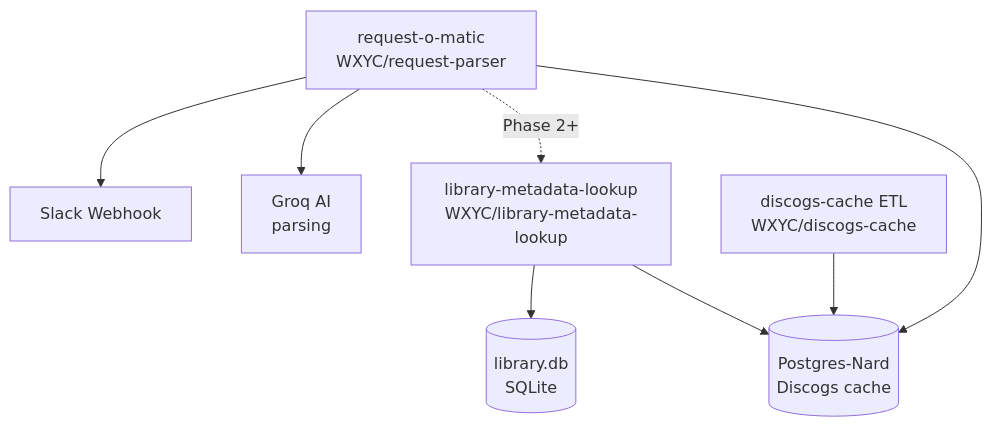
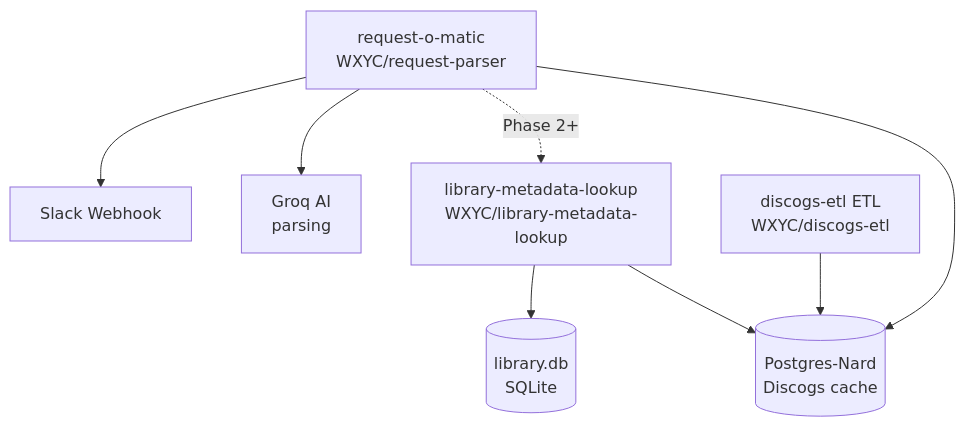
Before and after one commit to WXYC/wxyc-shared: the diagram in railway/README.md, drawn with Mermaid. The commit also changed other lines of this file and 1 other file, not shown here.

Commit message:
Update discogs-cache → discogs-etl references after repo rename

````diff
--- a/railway/README.md
+++ b/railway/README.md
@@ -7,18 +7,18 @@
 ```mermaid
 flowchart TB
     Slack[Slack Webhook]
     Groq[Groq AI<br/>parsing]
     ROM[request-o-matic<br/>WXYC/request-parser]
     LML[library-metadata-lookup<br/>WXYC/library-metadata-lookup]
     SQLite[(library.db<br/>SQLite)]
     PG[(Postgres-Nard<br/>Discogs cache)]
-    ETL[discogs-cache ETL<br/>WXYC/discogs-cache]
+    ETL[discogs-etl ETL<br/>WXYC/discogs-etl]
 
     ROM --> Slack
     ROM --> Groq
     ROM -. "Phase 2+" .-> LML
     ROM --> PG
     LML --> SQLite
     LML --> PG
     ETL --> PG
 ```
````
